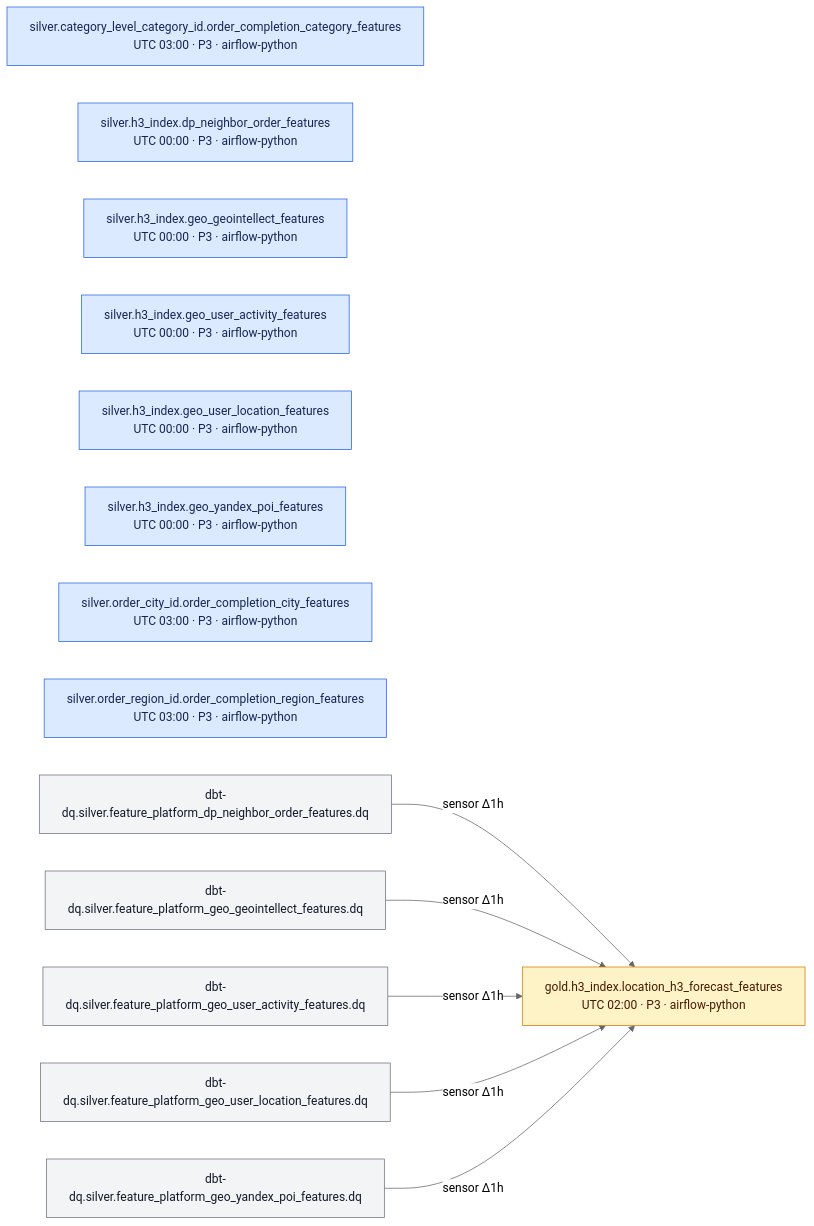
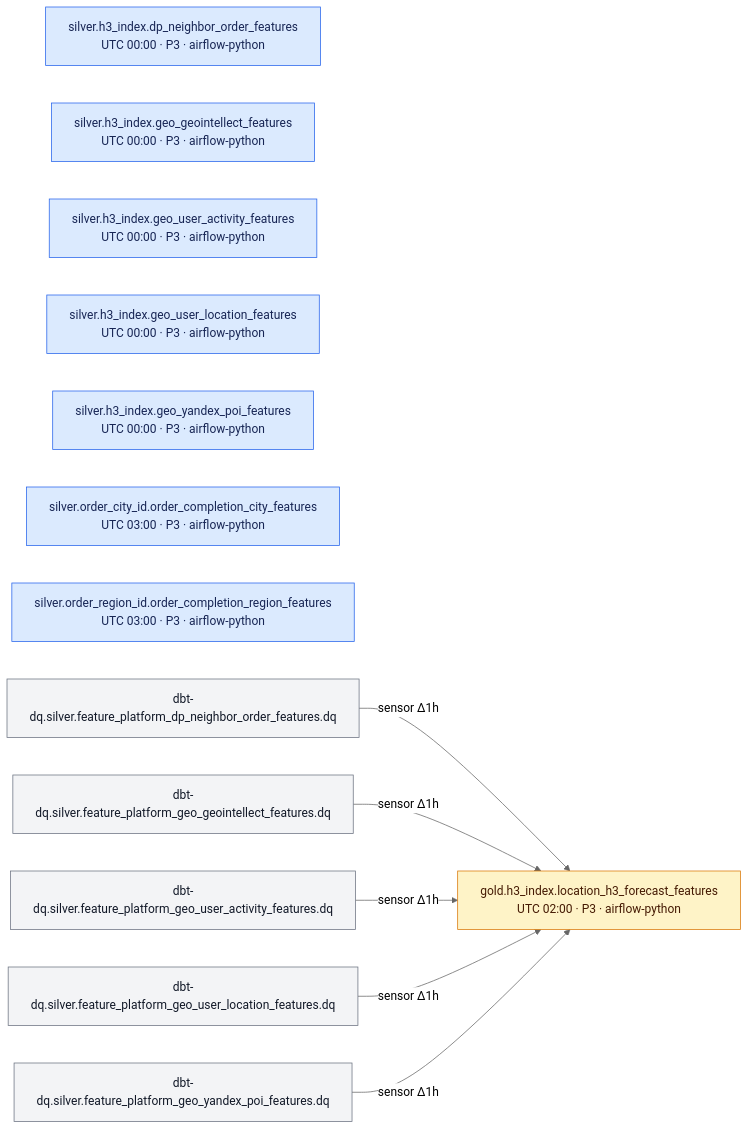
One commit to DayMarket/ml-feature-platform changed the third of 6 diagrams in docs/feature_platform_map.md. Above: the diagram before and after it, drawn with Mermaid (neutral theme). The commit also changed other lines of this file and 3 other files, not shown here.

Commit message:
docs: keep category completion DAG with search

````diff
--- a/docs/feature_platform_map.md
+++ b/docs/feature_platform_map.md
@@ -104,31 +104,30 @@
 ```mermaid
 %%{init: {"flowchart": {"wrappingWidth": 360}}}%%
 flowchart LR
     d0["gold.h3_index.location_h3_forecast_features<br/>UTC 02:00 · P3 · airflow-python"]
-    d1["silver.category_level_category_id.order_completion_category_features<br/>UTC 03:00 · P3 · airflow-python"]
-    d2["silver.h3_index.dp_neighbor_order_features<br/>UTC 00:00 · P3 · airflow-python"]
-    d3["silver.h3_index.geo_geointellect_features<br/>UTC 00:00 · P3 · airflow-python"]
-    d4["silver.h3_index.geo_user_activity_features<br/>UTC 00:00 · P3 · airflow-python"]
-    d5["silver.h3_index.geo_user_location_features<br/>UTC 00:00 · P3 · airflow-python"]
-    d6["silver.h3_index.geo_yandex_poi_features<br/>UTC 00:00 · P3 · airflow-python"]
-    d7["silver.order_city_id.order_completion_city_features<br/>UTC 03:00 · P3 · airflow-python"]
-    d8["silver.order_region_id.order_completion_region_features<br/>UTC 03:00 · P3 · airflow-python"]
+    d1["silver.h3_index.dp_neighbor_order_features<br/>UTC 00:00 · P3 · airflow-python"]
+    d2["silver.h3_index.geo_geointellect_features<br/>UTC 00:00 · P3 · airflow-python"]
+    d3["silver.h3_index.geo_user_activity_features<br/>UTC 00:00 · P3 · airflow-python"]
+    d4["silver.h3_index.geo_user_location_features<br/>UTC 00:00 · P3 · airflow-python"]
+    d5["silver.h3_index.geo_yandex_poi_features<br/>UTC 00:00 · P3 · airflow-python"]
+    d6["silver.order_city_id.order_completion_city_features<br/>UTC 03:00 · P3 · airflow-python"]
+    d7["silver.order_region_id.order_completion_region_features<br/>UTC 03:00 · P3 · airflow-python"]
     x0["dbt-dq.silver.feature_platform_dp_neighbor_order_features.dq"]
     x1["dbt-dq.silver.feature_platform_geo_geointellect_features.dq"]
     x2["dbt-dq.silver.feature_platform_geo_user_activity_features.dq"]
     x3["dbt-dq.silver.feature_platform_geo_user_location_features.dq"]
     x4["dbt-dq.silver.feature_platform_geo_yandex_poi_features.dq"]
     x0 -->|"sensor Δ1h"| d0
     x1 -->|"sensor Δ1h"| d0
     x2 -->|"sensor Δ1h"| d0
     x3 -->|"sensor Δ1h"| d0
     x4 -->|"sensor Δ1h"| d0
-    class d1,d2,d3,d4,d5,d6,d7,d8 silver
+    class d1,d2,d3,d4,d5,d6,d7 silver
     class d0 gold
     class x0,x1,x2,x3,x4 external
     classDef silver fill:#dbeafe,stroke:#2563eb,color:#172554
     classDef gold fill:#fef3c7,stroke:#d97706,color:#451a03
     classDef datasets fill:#dcfce7,stroke:#16a34a,color:#052e16
     classDef upload fill:#f3e8ff,stroke:#9333ea,color:#3b0764
     classDef external fill:#f3f4f6,stroke:#6b7280,color:#111827
 ```
````
